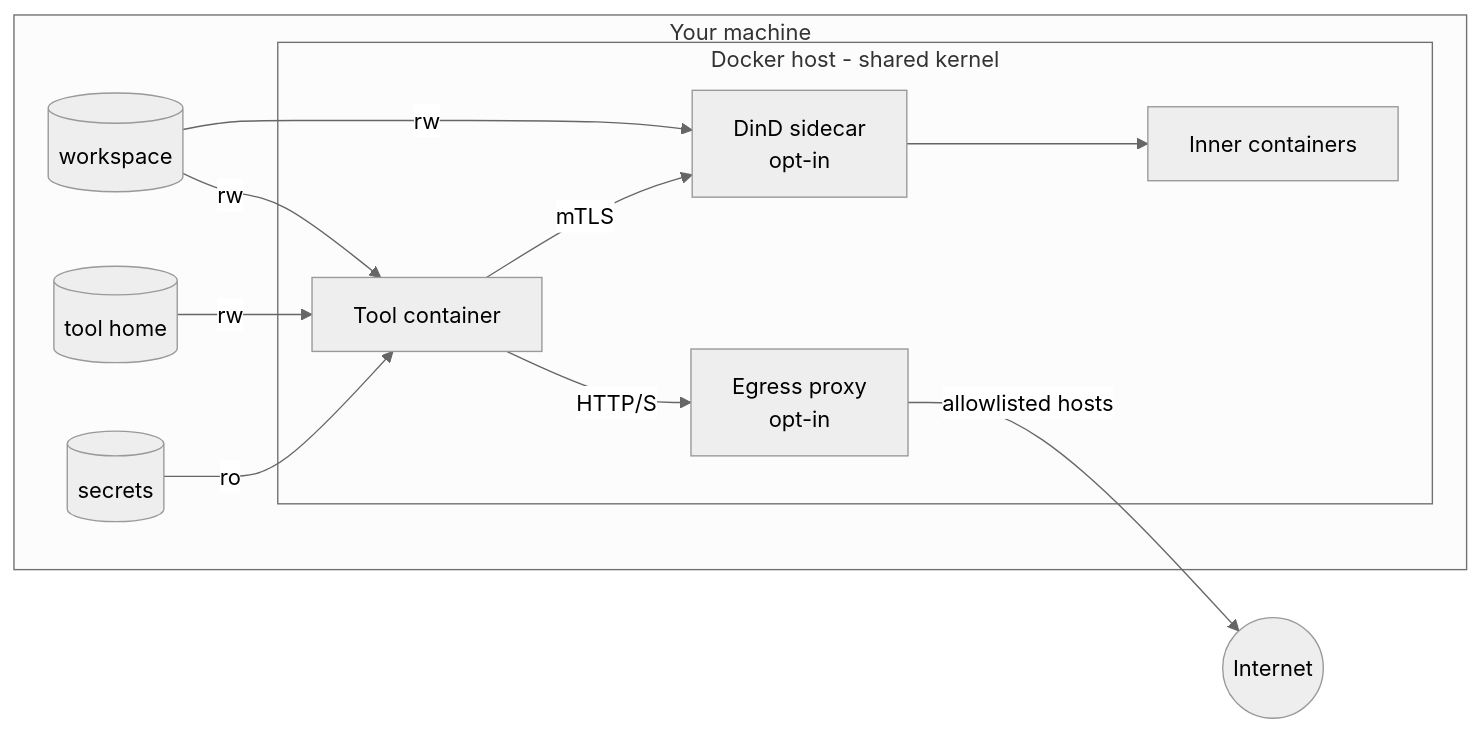
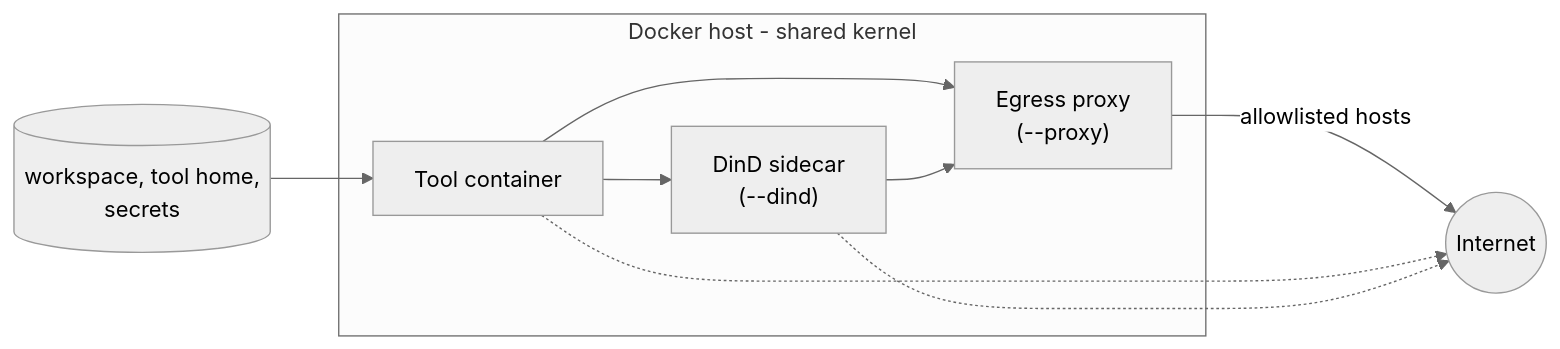
The diagram in docs/security-model.md (dylanvgils/agentic-cli), drawn with Mermaid (neutral theme) before and after one commit. The commit also changed other lines of this file and 12 other files, not shown here.

````diff
--- a/docs/security-model.md
+++ b/docs/security-model.md
@@ -7,22 +7,18 @@
 ```mermaid
 flowchart LR
-    subgraph host[Your machine]
-        ws[(workspace)]
-        th[(tool home)]
-        sec[(secrets)]
-        subgraph docker[Docker host - shared kernel]
-            tool[Tool container]
-            proxy[Egress proxy<br/>opt-in]
-            dind[DinD sidecar<br/>opt-in]
-            inner[Inner containers]
-        end
+    files[("workspace, tool home,<br/>secrets")]
+    subgraph docker[Docker host - shared kernel]
+        tool[Tool container]
+        proxy["Egress proxy<br/>(--proxy)"]
+        dind["DinD sidecar<br/>(--dind)"]
     end
     net((Internet))
 
-    ws -- rw --> tool
-    th -- rw --> tool
-    sec -- ro --> tool
-    ws -- rw --> dind
-    tool -- HTTP/S --> proxy -- allowlisted hosts --> net
-    tool -- mTLS --> dind --> inner
+    files --> tool
+    tool --> dind
+    tool --> proxy
+    dind --> proxy
+    proxy -- allowlisted hosts --> net
+    tool -.-> net
+    dind -.-> net
 ```
````
